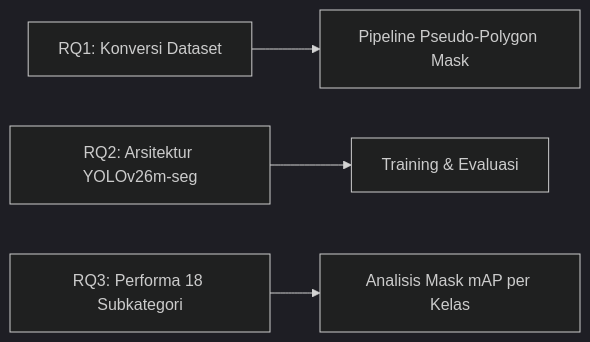
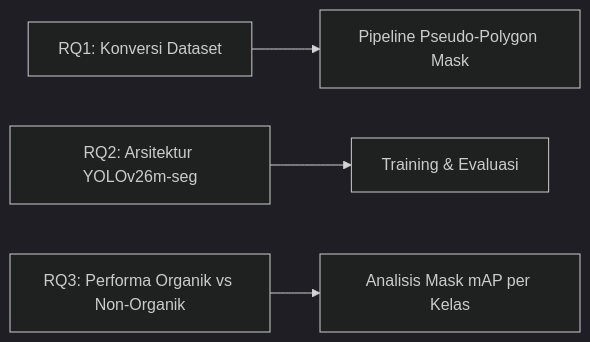
Before and after one commit to aryaw/SmartBin: the third of 13 diagrams in proposalPaper/presentation.md, drawn with Mermaid (dark theme). The commit also changed other lines of this file and 18 other files, not shown here.

````diff
--- a/proposalPaper/presentation.md
+++ b/proposalPaper/presentation.md
@@ -95,6 +99,6 @@
 ```mermaid
 flowchart LR
     Q1[RQ1: Konversi Dataset] --> P1[Pipeline Pseudo-Polygon Mask]
     Q2[RQ2: Arsitektur YOLOv26m-seg] --> P2[Training & Evaluasi]
-    Q3[RQ3: Performa 18 Subkategori] --> P3[Analisis Mask mAP per Kelas]
+    Q3[RQ3: Performa Organik vs Non-Organik] --> P3[Analisis Mask mAP per Kelas]
 ```
````
